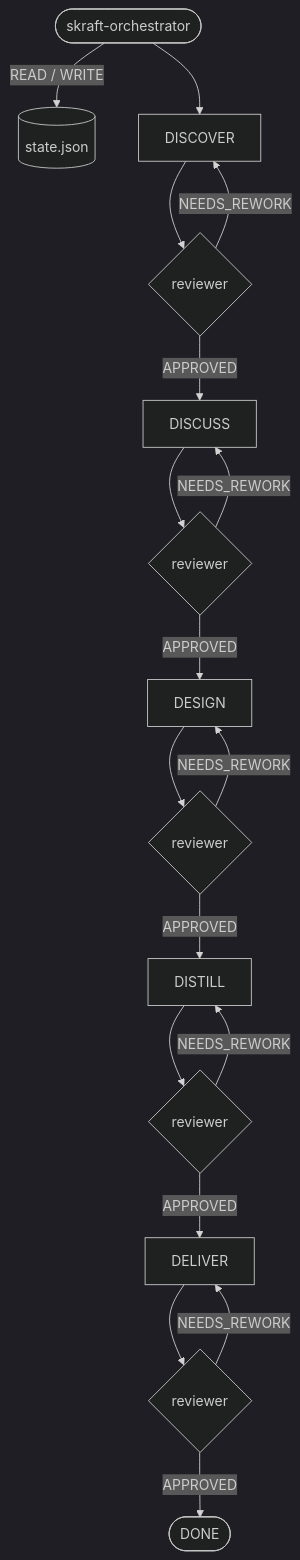
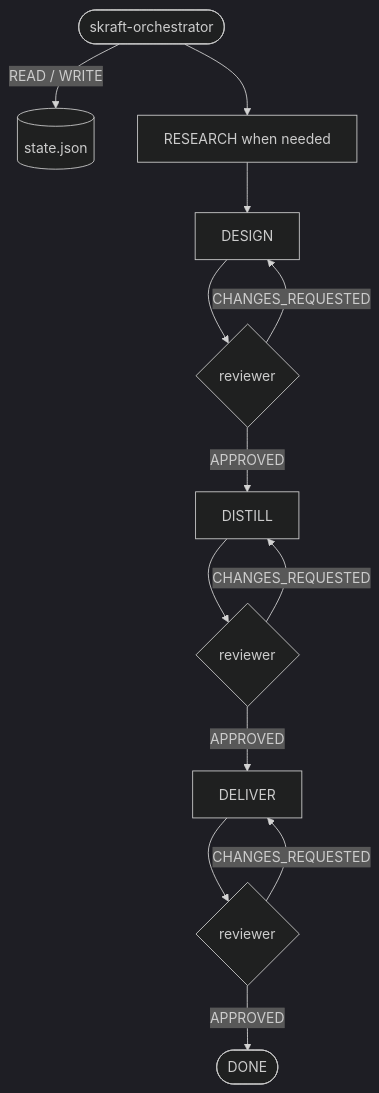
Before and after one commit to SebastienDegodez/skraft-plugin: the diagram in docs/site/en/explanation/hve-core.md, drawn with Mermaid (dark theme). The commit also changed other lines of this file and 3 other files, not shown here.

````diff
--- a/docs/site/en/explanation/hve-core.md
+++ b/docs/site/en/explanation/hve-core.md
@@ -75,20 +70,15 @@
 ```mermaid
 flowchart TD
     O([skraft-orchestrator]) -->|READ / WRITE| S[(state.json)]
-    O --> D1[DISCOVER]
-    D1 --> R1{reviewer}
-    R1 -->|APPROVED| D2[DISCUSS]
-    R1 -->|NEEDS_REWORK| D1
-    D2 --> R2{reviewer}
-    R2 -->|APPROVED| D3[DESIGN]
-    R2 -->|NEEDS_REWORK| D2
+    O --> D1[RESEARCH when needed]
+    D1 --> D3[DESIGN]
     D3 --> R3{reviewer}
     R3 -->|APPROVED| D4[DISTILL]
-    R3 -->|NEEDS_REWORK| D3
+    R3 -->|CHANGES_REQUESTED| D3
     D4 --> R4{reviewer}
     R4 -->|APPROVED| D5[DELIVER]
-    R4 -->|NEEDS_REWORK| D4
+    R4 -->|CHANGES_REQUESTED| D4
     D5 --> R5{reviewer}
     R5 -->|APPROVED| DONE([DONE])
-    R5 -->|NEEDS_REWORK| D5
+    R5 -->|CHANGES_REQUESTED| D5
 ```
````
